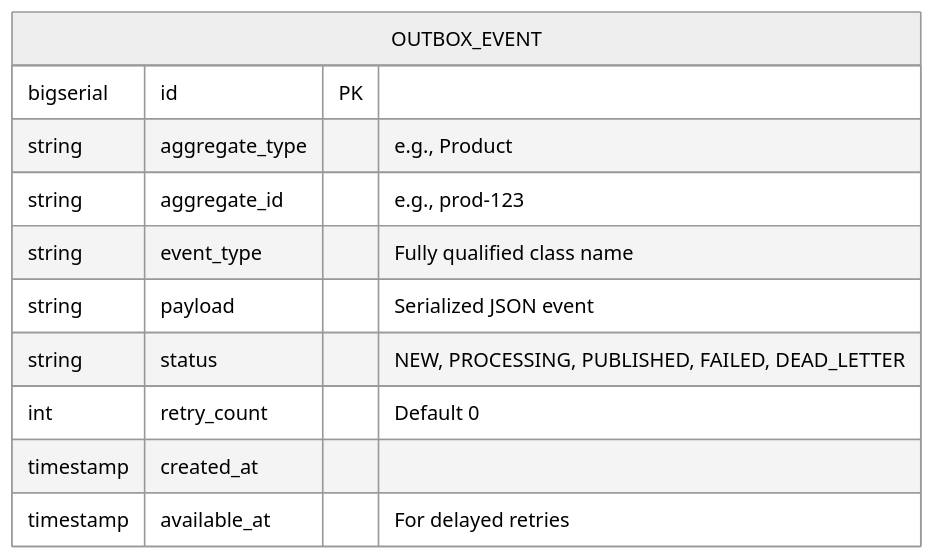
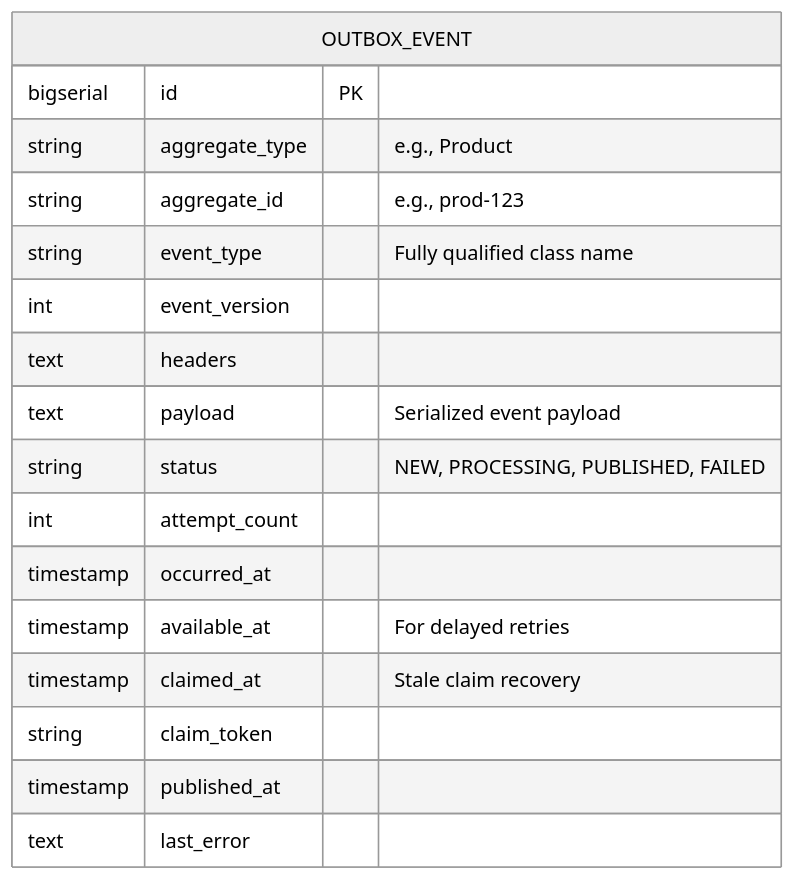
The fifth of 5 diagrams in docs/spec/system/transactional-outbox-tech-spec.md (khinemyaezin/grab), drawn with Mermaid (neutral theme) before and after one commit. The commit also changed other lines of this file and 47 other files, not shown here.

````diff
--- a/docs/spec/system/transactional-outbox-tech-spec.md
+++ b/docs/spec/system/transactional-outbox-tech-spec.md
@@ -162,14 +168,20 @@
 ```mermaid
 erDiagram
     OUTBOX_EVENT {
         bigserial id PK
         string aggregate_type "e.g., Product"
         string aggregate_id "e.g., prod-123"
         string event_type "Fully qualified class name"
-        string payload "Serialized JSON event"
-        string status "NEW, PROCESSING, PUBLISHED, FAILED, DEAD_LETTER"
-        int retry_count "Default 0"
-        timestamp created_at
+        int event_version
+        text headers
+        text payload "Serialized event payload"
+        string status "NEW, PROCESSING, PUBLISHED, FAILED"
+        int attempt_count
+        timestamp occurred_at
         timestamp available_at "For delayed retries"
+        timestamp claimed_at "Stale claim recovery"
+        string claim_token
+        timestamp published_at
+        text last_error
     }
 ```
````
